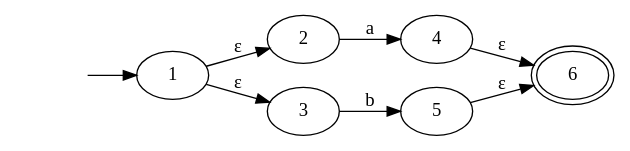
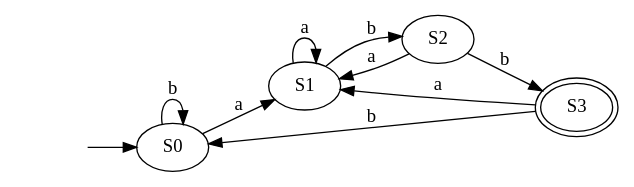
One commit to JuanDiegoAvila/Laboratorio_Compiladores changed the diagram in test-output/round-table.gv. Above: the diagram before and after it, drawn with Graphviz. The commit also changed 8 other files, not shown here.

```diff
--- a/test-output/round-table.gv
+++ b/test-output/round-table.gv
@@ -1,18 +1,18 @@
 digraph {
 	graph [rankdir=LR]
 	inicio [label="" shape=none]
-	1
-	inicio -> 1
-	1
-	1 -> 2 [label="ε"]
-	1 -> 3 [label="ε"]
-	2
-	2 -> 4 [label=a]
-	3
-	3 -> 5 [label=b]
-	4
-	4 -> 6 [label="ε"]
-	5
-	5 -> 6 [label="ε"]
-	6 [peripheries=2]
+	S0
+	inicio -> S0
+	S0
+	S0 -> S1 [label=a]
+	S0 -> S0 [label=b]
+	S1
+	S1 -> S1 [label=a]
+	S1 -> S2 [label=b]
+	S2
+	S2 -> S1 [label=a]
+	S2 -> S3 [label=b]
+	S3 [peripheries=2]
+	S3 -> S1 [label=a]
+	S3 -> S0 [label=b]
 }
```
